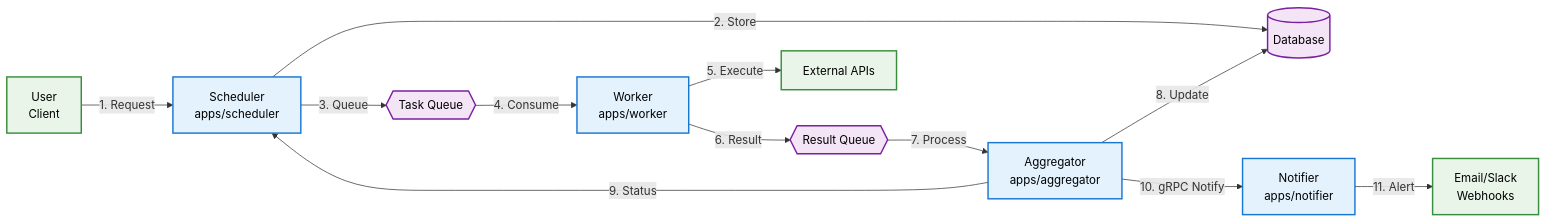
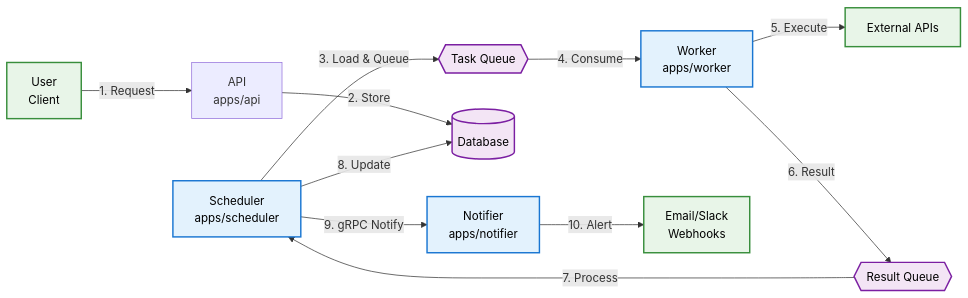
The first of 2 diagrams in README.md (Hhacel/TaskFlow), drawn with Mermaid before and after one commit. The commit also changed other lines of this file and 24 other files, not shown here.

````diff
--- a/README.md
+++ b/README.md
@@ -14,47 +14,46 @@
 ```mermaid
 flowchart LR
     %% Row 1: User Input
     User["User<br/>Client"] 
     
-    %% Row 2: Scheduler
-    SCH["Scheduler<br/>apps/scheduler"]
+    %% Row 2: API
+    API["API<br/>apps/api"]
     
     %% Row 3: Core Services (horizontal alignment)
-    AGG["Aggregator<br/>apps/aggregator"]
+    SCH["Scheduler<br/>apps/scheduler"]
     NOT["Notifier<br/>apps/notifier"]
     
     %% Row 4: Worker
     WRK["Worker<br/>apps/worker"]
     
     %% Row 5: External
     External["External APIs"]
     Email["Email/Slack<br/>Webhooks"]
     
     %% Data Layer (bottom row)
     DB[("Database")]
     MQ_Task{{"Task Queue"}}
     MQ_Result{{"Result Queue"}}
 
     %% Main Flow (numbered for clarity)
-    User -->|"1. Request"| SCH
-    SCH -->|"2. Store"| DB
-    SCH -->|"3. Queue"| MQ_Task
+    User -->|"1. Request"| API
+    API -->|"2. Store"| DB
+    SCH -->|"3. Load & Queue"| MQ_Task
     MQ_Task -->|"4. Consume"| WRK
     WRK -->|"5. Execute"| External
     WRK -->|"6. Result"| MQ_Result
-    MQ_Result -->|"7. Process"| AGG
-    AGG -->|"8. Update"| DB
-    AGG -->|"9. Status"| SCH
-    AGG -->|"10. gRPC Notify"| NOT
-    NOT -->|"11. Alert"| Email
+    MQ_Result -->|"7. Process"| SCH
+    SCH -->|"8. Update"| DB
+    SCH -->|"9. gRPC Notify"| NOT
+    NOT -->|"10. Alert"| Email
 
     %% Styling
     classDef service fill:#e3f2fd,stroke:#1976d2,stroke-width:2px,color:#000000
     classDef data fill:#f3e5f5,stroke:#7b1fa2,stroke-width:2px,color:#000000
     classDef external fill:#e8f5e8,stroke:#388e3c,stroke-width:2px,color:#000000
     classDef support fill:#fff3e0,stroke:#f57c00,stroke-width:2px,color:#000000
     
     class SCH,AGG,NOT,WRK service
     class DB,MQ_Task,MQ_Result data
     class User,External,Email external
 ```
````
